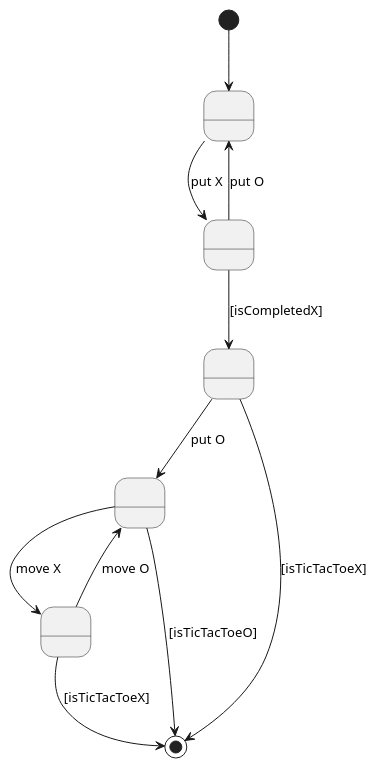
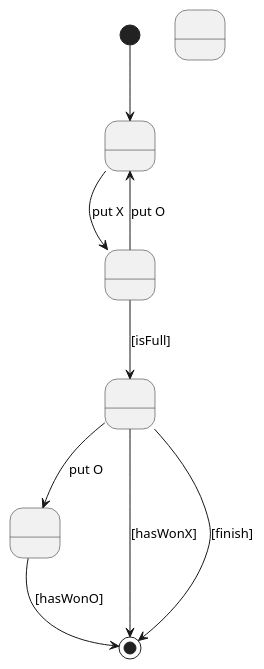
One commit to torrespro/connect4 changed the second of 2 diagrams in modeloDeDominioC4.plantuml. Above: the diagram before and after it, drawn with PlantUML. The commit also changed other lines of this file and 21 other files, not shown here.

```diff
--- a/modeloDeDominioC4.plantuml
+++ b/modeloDeDominioC4.plantuml
@@ -263,19 +41,17 @@
 @startuml Instrucciones
 
 state A as " "
 state B as " "
 state C as " "
 state D as " "
 state E as " "
 [*] --> A
 A --> B: put X
 B --> A : put O
-B --> C : [isCompletedX]
+B --> C : [isFull]
 C --> D : put O
-C --> [*] : [isTicTacToeX]
-D --> E : move X
-E --> D : move O
-D --> [*] : [isTicTacToeO]
-E --> [*] : [isTicTacToeX]
+C --> [*] : [hasWonX]
+D --> [*] : [hasWonO]
+C --> [*] : [finish]
 
 @enduml
```
